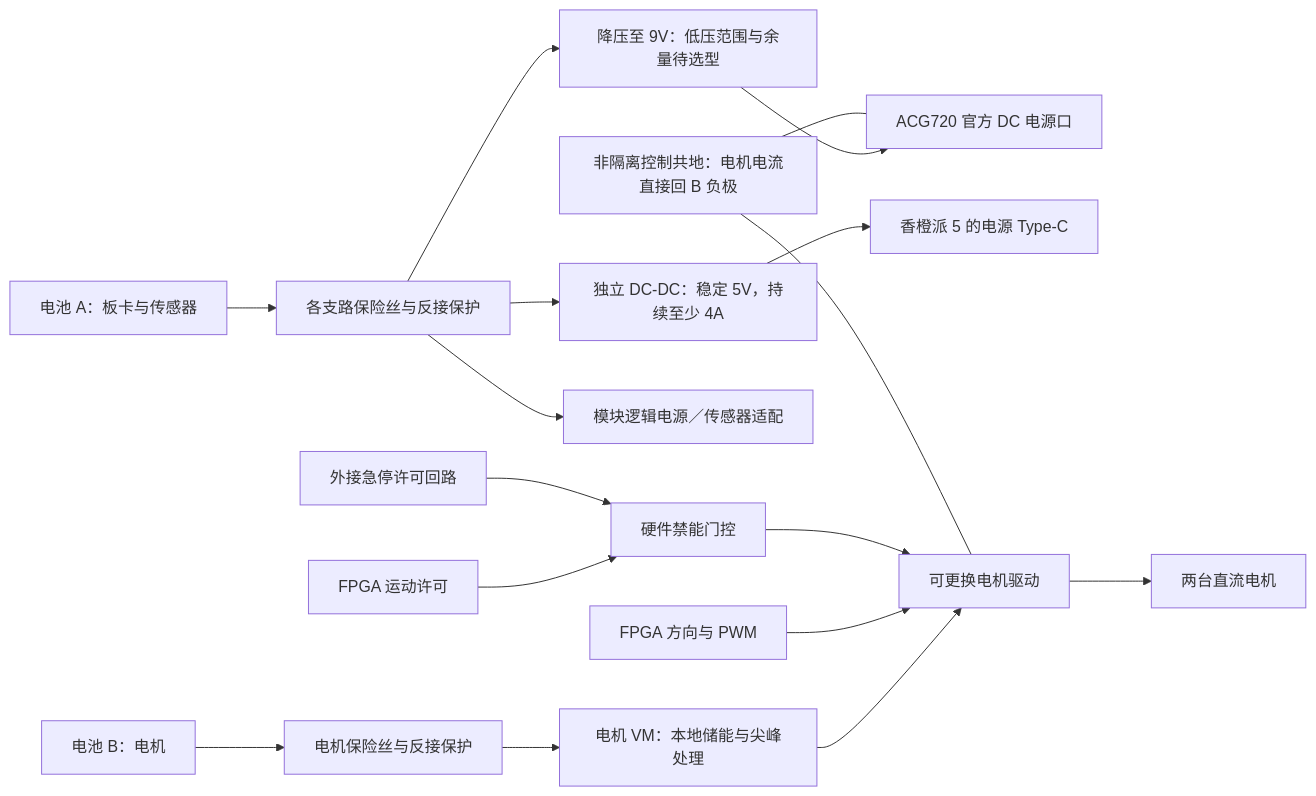
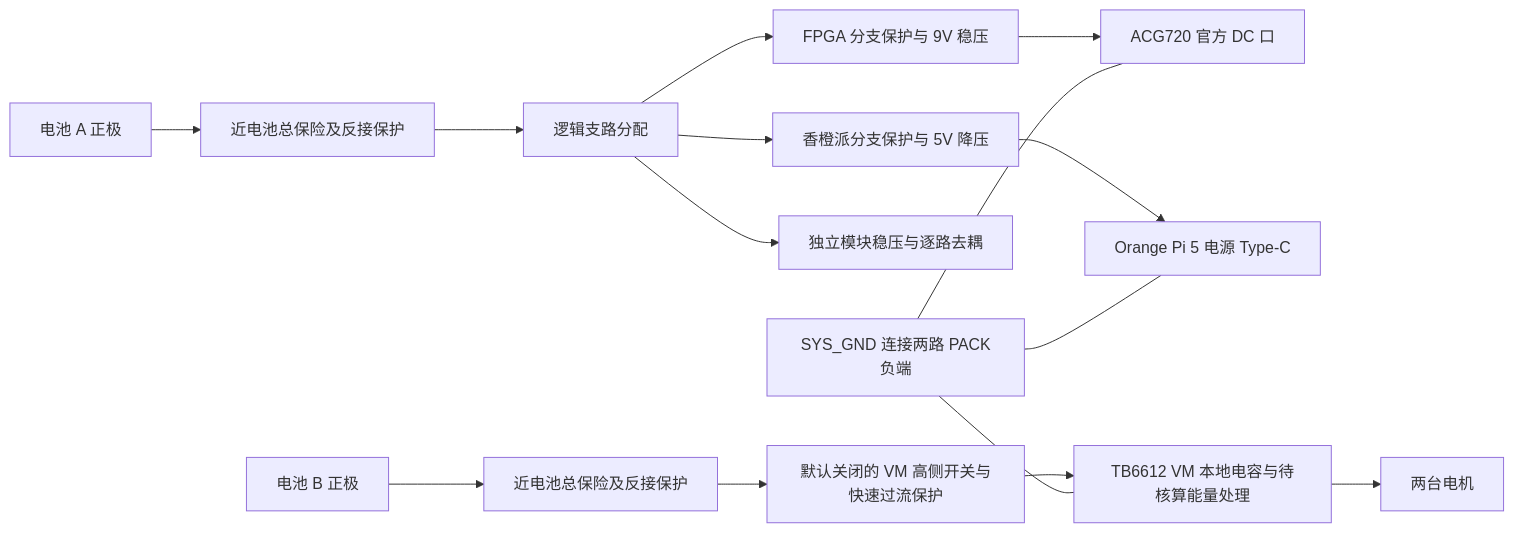
One commit to Vera-loves-program/acg720-vision-robot changed the second of 3 diagrams in docs/扩展板规划.md. Above: the diagram before and after it, drawn with Mermaid. The commit also changed other lines of this file, not shown here.

Commit message:
docs: revise expansion board buses, BQ grounding and motor protection

````diff
--- a/docs/扩展板规划.md
+++ b/docs/扩展板规划.md
@@ -382,19 +413,17 @@
 ```mermaid
 flowchart LR
-  BATT_A[电池 A：板卡与传感器] --> PA[各支路保险丝与反接保护]
-  PA --> REG9[降压至 9V：低压范围与余量待选型]
-  REG9 --> BOARD[ACG720 官方 DC 电源口]
-  PA --> REG5[独立 DC-DC：稳定 5V，持续至少 4A]
-  REG5 --> OPI[香橙派 5 的电源 Type-C]
-  BATT_B[电池 B：电机] --> PB[电机保险丝与反接保护]
-  PB --> VM[电机 VM：本地储能与尖峰处理]
-  VM --> DRIVER[可更换电机驱动]
-  DRIVER --> MOTOR[两台直流电机]
-  PA --> VLOGIC[模块逻辑电源／传感器适配]
-  FPGA[FPGA 方向与 PWM] --> DRIVER
-  REQUEST[FPGA 运动许可] --> GATE[硬件禁能门控]
-  STOP[外接急停许可回路] --> GATE
-  GATE --> DRIVER
-  GROUND[非隔离控制共地：电机电流直接回 B 负极] --- DRIVER
-  GROUND --- BOARD
+  A[电池 A 正极] --> FA[近电池总保险及反接保护]
+  FA --> DA[逻辑支路分配]
+  DA --> F9[FPGA 分支保护与 9V 稳压]
+  F9 --> FPGA[ACG720 官方 DC 口]
+  DA --> F5[香橙派分支保护与 5V 降压]
+  F5 --> OPI[Orange Pi 5 电源 Type-C]
+  DA --> VL[独立模块稳压与逐路去耦]
+  B[电池 B 正极] --> FB[近电池总保险及反接保护]
+  FB --> HS[默认关闭的 VM 高侧开关与快速过流保护]
+  HS --> VM[TB6612 VM 本地电容与待核算能量处理]
+  VM --> MOT[两台电机]
+  G[SYS_GND 连接两路 PACK负端] --- FPGA
+  G --- OPI
+  G --- VM
 ```
````
